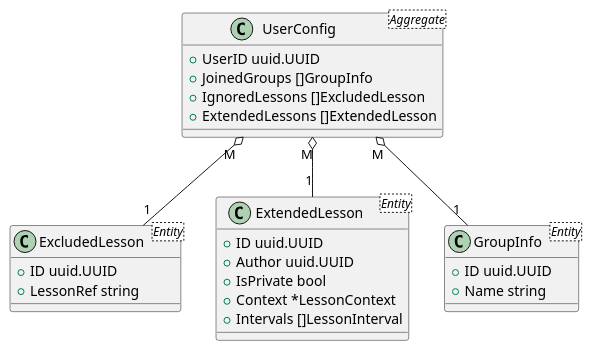
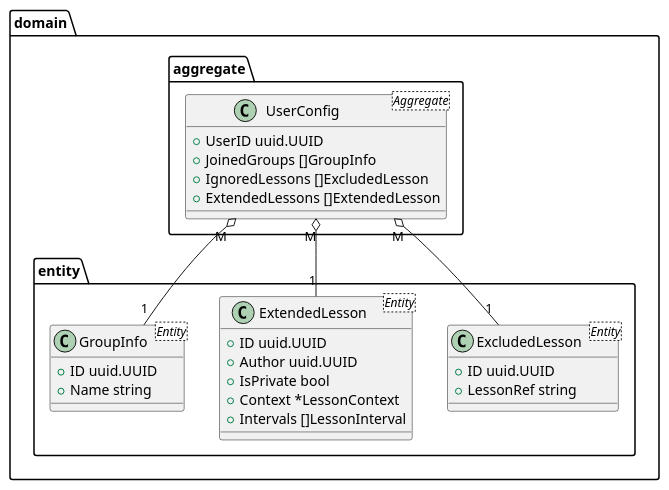
One commit to tellmeac/ExtendedSchedule changed the diagram in ExtendedSchedule/docs/domain.puml. Above: the diagram before and after it, drawn with PlantUML. The commit also changed 11 other files, not shown here.

```diff
--- a/ExtendedSchedule/docs/domain.puml
+++ b/ExtendedSchedule/docs/domain.puml
@@ -1,32 +1,38 @@
 @startuml EntityDiagram
 
-class UserConfig <Aggregate> {
-    +UserID uuid.UUID
-    +JoinedGroups []GroupInfo
-    +IgnoredLessons []ExcludedLesson
-    +ExtendedLessons []ExtendedLesson
+namespace domain {
+    namespace aggregate {
+        class UserConfig <Aggregate> {
+            +UserID uuid.UUID
+            +JoinedGroups []GroupInfo
+            +IgnoredLessons []ExcludedLesson
+            +ExtendedLessons []ExtendedLesson
+        }
+    }
+
+    namespace entity {
+        class ExcludedLesson <Entity> {
+            +ID uuid.UUID
+            +LessonRef string
+        }
+
+        class ExtendedLesson <Entity> {
+            +ID uuid.UUID
+            +Author uuid.UUID
+            +IsPrivate bool
+            +Context *LessonContext
+            +Intervals []LessonInterval
+        }
+
+        class GroupInfo <Entity> {
+            + ID uuid.UUID
+            + Name string
+        }
+    }
+
+    domain.aggregate.UserConfig "M" o-- "1" domain.entity.ExcludedLesson
+    domain.aggregate.UserConfig "M" o-- "1" domain.entity.ExtendedLesson
+    domain.aggregate.UserConfig "M" o-- "1" domain.entity.GroupInfo
 }
 
-class ExcludedLesson <Entity> {
-    +ID uuid.UUID
-    +LessonRef string
-}
-
-class ExtendedLesson <Entity> {
-    +ID uuid.UUID
-    +Author uuid.UUID
-    +IsPrivate bool
-    +Context *LessonContext
-    +Intervals []LessonInterval
-}
-
-class GroupInfo <Entity> {
-    + ID uuid.UUID
-    + Name string
-}
-
-UserConfig "M" o-- "1" ExcludedLesson
-UserConfig "M" o-- "1" ExtendedLesson
-UserConfig "M" o-- "1" GroupInfo
-
 @enduml
```
